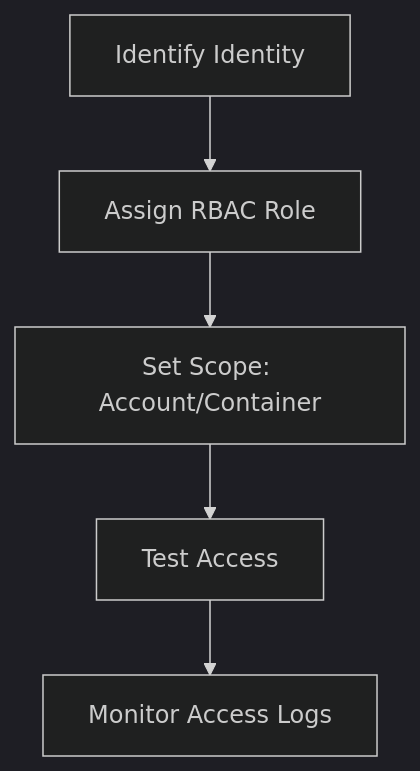
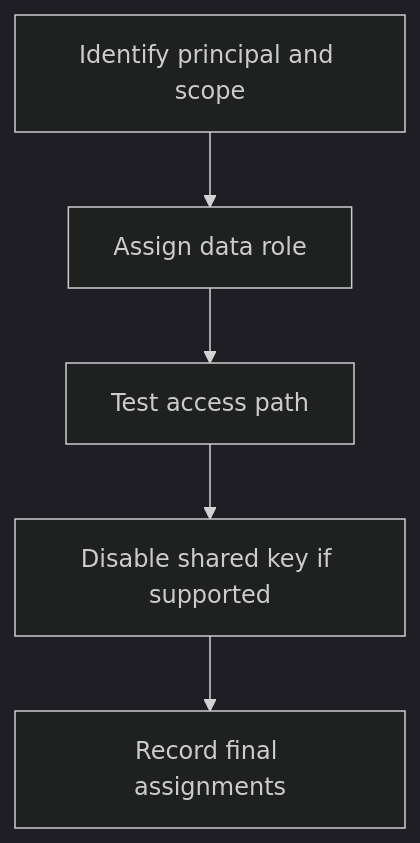
The diagram in docs/operations/configure-access-and-identity.md (yeongseon/azure-storage-practical-guide), drawn with Mermaid (dark theme) before and after one commit. The commit also changed other lines of this file and 10 other files, not shown here.

````diff
--- a/docs/operations/configure-access-and-identity.md
+++ b/docs/operations/configure-access-and-identity.md
@@ -36,7 +47,7 @@
 ```mermaid
-graph TD
-    A[Identify Identity] --> B[Assign RBAC Role]
-    B --> C[Set Scope: Account/Container]
-    C --> D[Test Access]
-    D --> E[Monitor Access Logs]
+flowchart TD
+    A[Identify principal and scope] --> B[Assign data role]
+    B --> C[Test access path]
+    C --> D[Disable shared key if supported]
+    D --> E[Record final assignments]
 ```
````
